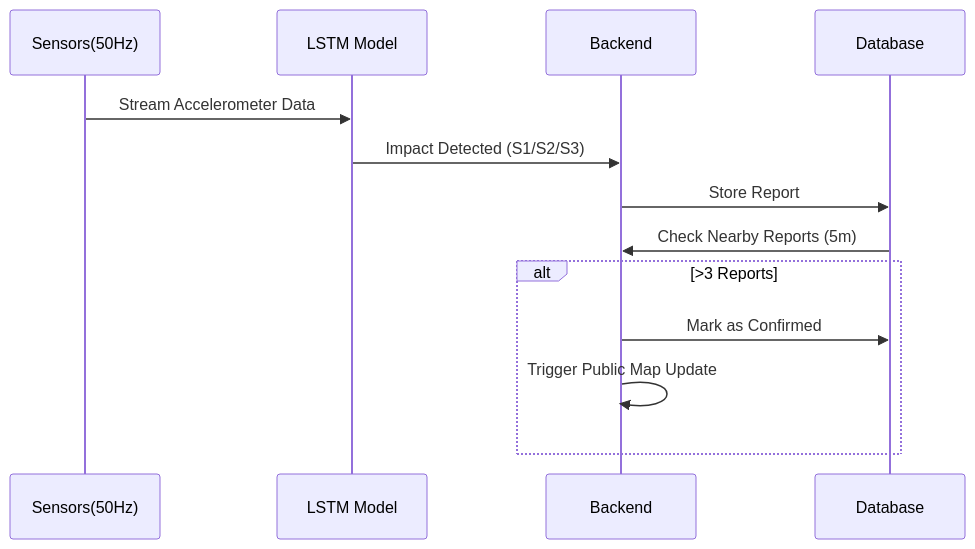
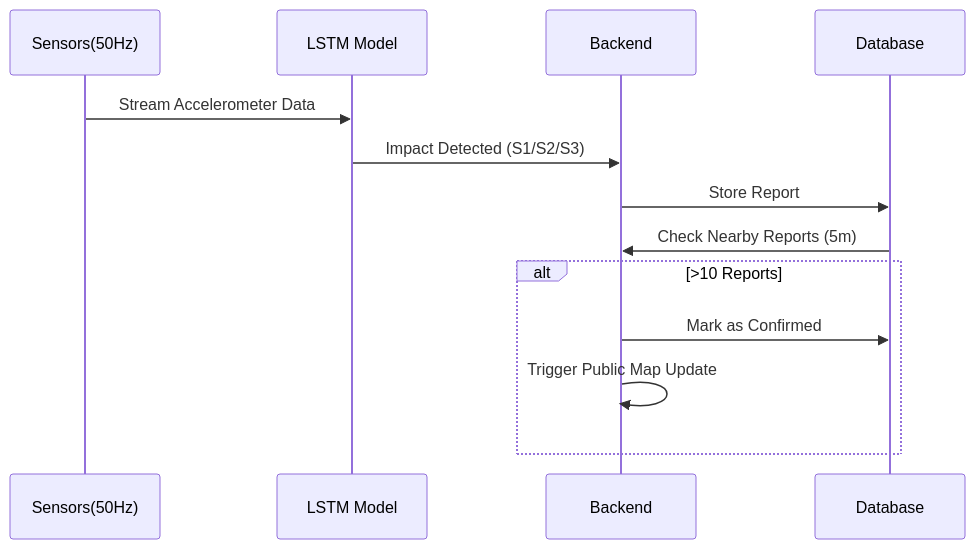
Before and after one commit to Goyam02/Sadak-Sathi: the first of 5 diagrams in README.md, drawn with Mermaid.

Commit message:
fixed the confirmation logic documentation

````diff
--- a/README.md
+++ b/README.md
@@ -102,17 +102,17 @@
 ```mermaid
 sequenceDiagram
     participant S as Sensors(50Hz)
     participant L as LSTM Model
     participant B as Backend
     participant D as Database
     
     S->>L: Stream Accelerometer Data
     L->>B: Impact Detected (S1/S2/S3)
     B->>D: Store Report
     D->>B: Check Nearby Reports (5m)
     
-    alt >3 Reports
+    alt >10 Reports
         B->>D: Mark as Confirmed
         B->>B: Trigger Public Map Update
     end
 ```
````
